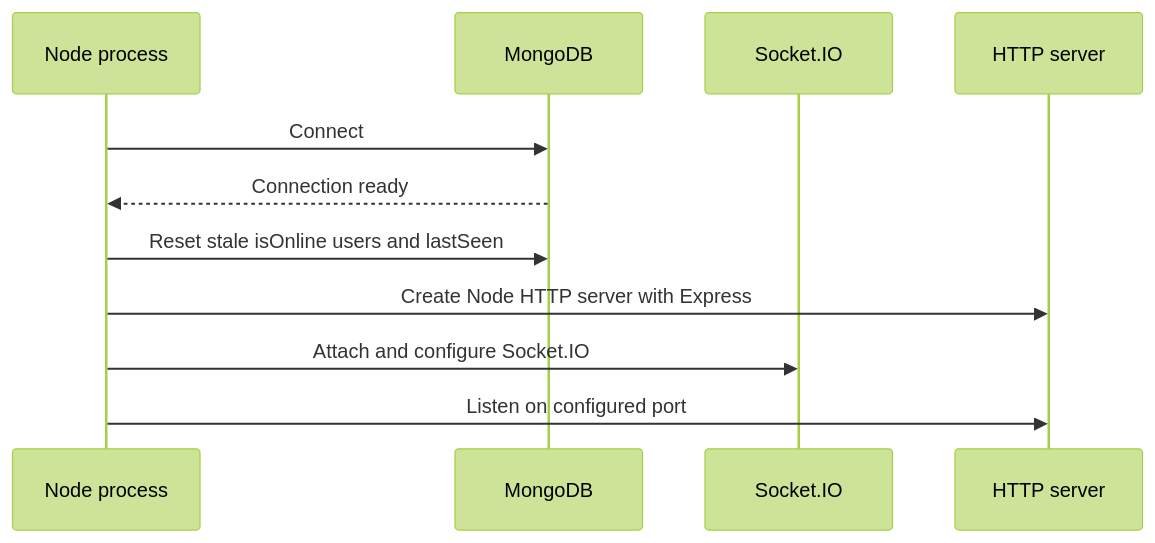
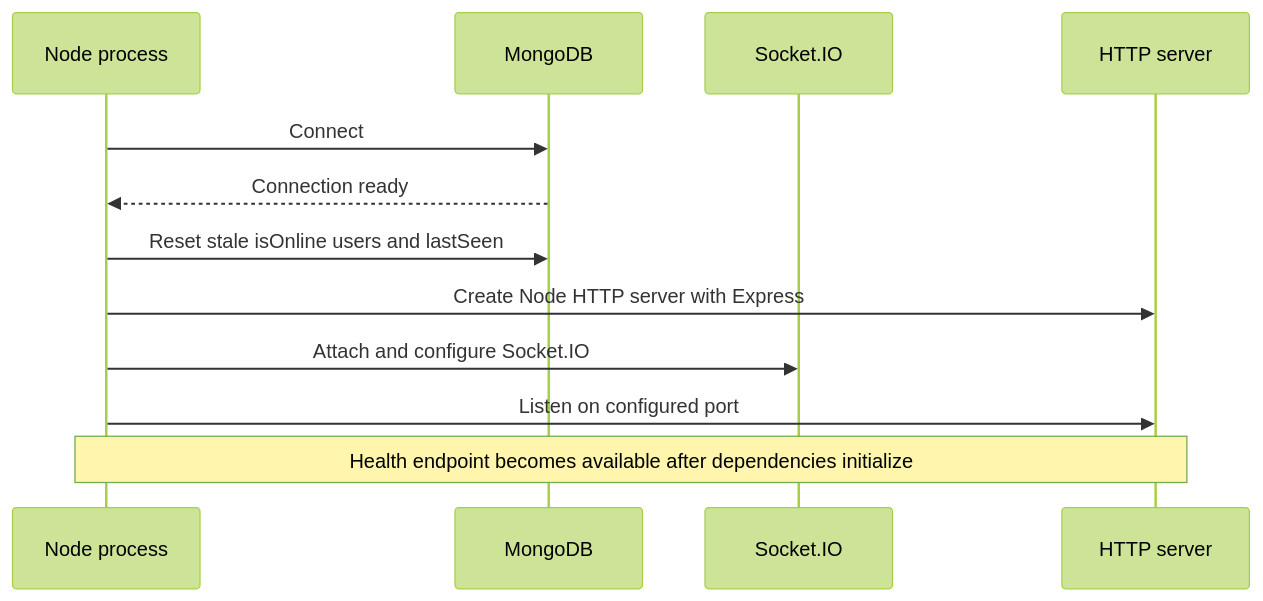
One commit to Saurav11343/click-chat changed the first of 2 diagrams in docs/08-setup-and-deployment.md. Above: the diagram before and after it, drawn with Mermaid (forest theme). The commit also changed other lines of this file and 11 other files, not shown here.

Commit message:
update diagrams

````diff
--- a/docs/08-setup-and-deployment.md
+++ b/docs/08-setup-and-deployment.md
@@ -196,14 +196,15 @@
 ```mermaid
 sequenceDiagram
     participant P as Node process
     participant DB as MongoDB
     participant IO as Socket.IO
     participant HTTP as HTTP server
 
     P->>DB: Connect
     DB-->>P: Connection ready
     P->>DB: Reset stale isOnline users and lastSeen
     P->>HTTP: Create Node HTTP server with Express
     P->>IO: Attach and configure Socket.IO
     P->>HTTP: Listen on configured port
+    Note over P,HTTP: Health endpoint becomes available after dependencies initialize
 ```
````
